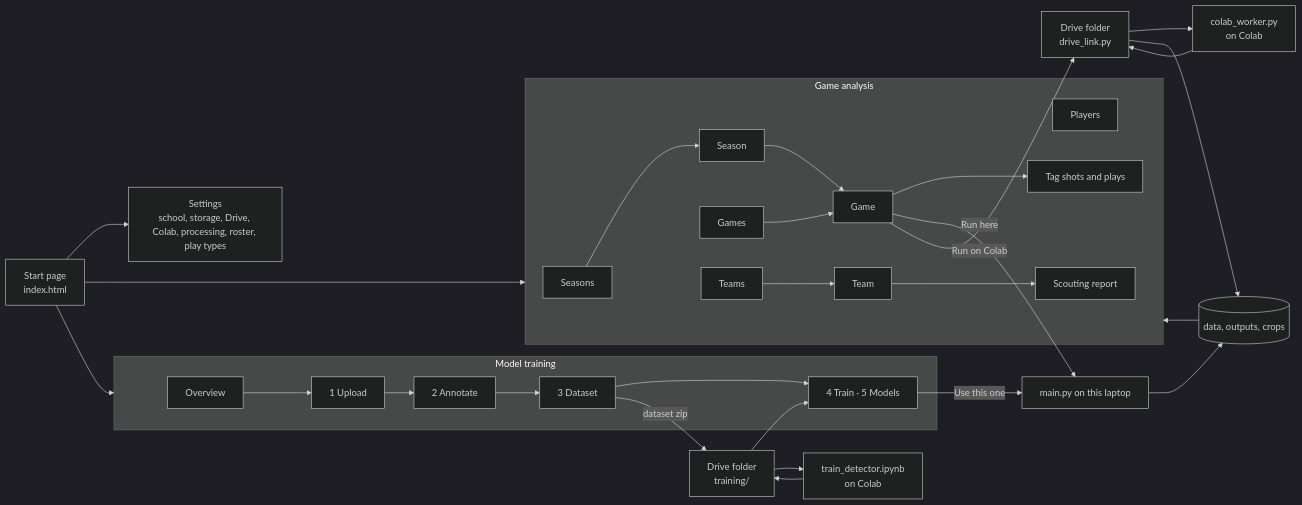
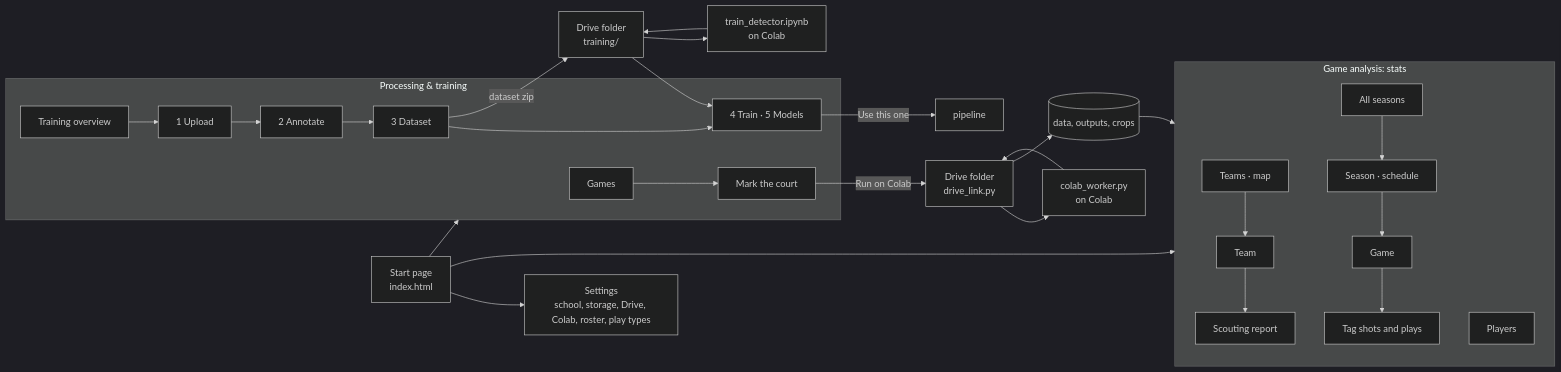
One commit to gsharp23/basketball-tracker changed the second of 2 diagrams in README.md. Above: the diagram before and after it, drawn with Mermaid (dark theme). The commit also changed other lines of this file and 11 other files, not shown here.

First line of the commit message:
Processing moves to its own area; Colab is the only way to process a game

````diff
--- a/README.md
+++ b/README.md
@@ -139,24 +141,24 @@
 ```mermaid
 flowchart LR
     start[Start page<br/>index.html] --> analysis
     start --> training
-    start --> settings[Settings<br/>school, storage, Drive, Colab, processing, roster, play types]
+    start --> settings[Settings<br/>school, storage, Drive, Colab, roster, play types]
 
-    subgraph analysis [Game analysis]
-        seasons[Seasons] --> season[Season] --> game[Game]
-        games[Games] --> game
+    subgraph analysis [Game analysis: stats]
+        season[Season · schedule] --> game[Game]
+        seasons[All seasons] --> season
         players[Players]
-        teams[Teams] --> team[Team] --> report[Scouting report]
+        teams[Teams · map] --> team[Team] --> report[Scouting report]
         game --> tag[Tag shots and plays]
     end
 
-    subgraph training [Model training]
-        overview[Overview] --> upload[1 Upload] --> annotate[2 Annotate] --> dataset[3 Dataset] --> models[4 Train · 5 Models]
+    subgraph training [Processing & training]
+        games[Games] --> court[Mark the court]
+        overview[Training overview] --> upload[1 Upload] --> annotate[2 Annotate] --> dataset[3 Dataset] --> models[4 Train · 5 Models]
     end
 
-    game -- Run here --> pipeline[main.py on this laptop]
-    game -- Run on Colab --> drive[Drive folder<br/>drive_link.py] --> worker[colab_worker.py<br/>on Colab] --> drive --> results[(data, outputs, crops)]
-    pipeline --> results --> analysis
+    court -- Run on Colab --> drive[Drive folder<br/>drive_link.py] --> worker[colab_worker.py<br/>on Colab] --> drive --> results[(data, outputs, crops)]
+    results --> analysis
     dataset -- dataset zip --> drive2[Drive folder<br/>training/] --> notebook[train_detector.ipynb<br/>on Colab] --> drive2 --> models
     models -- Use this one --> pipeline
 ```
````
